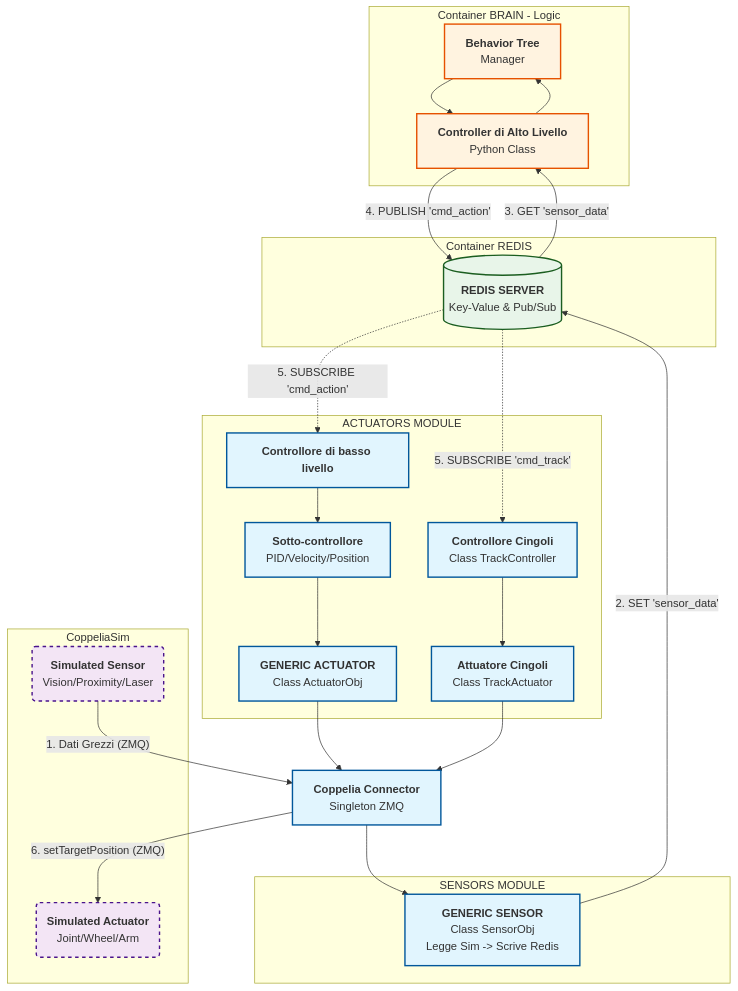
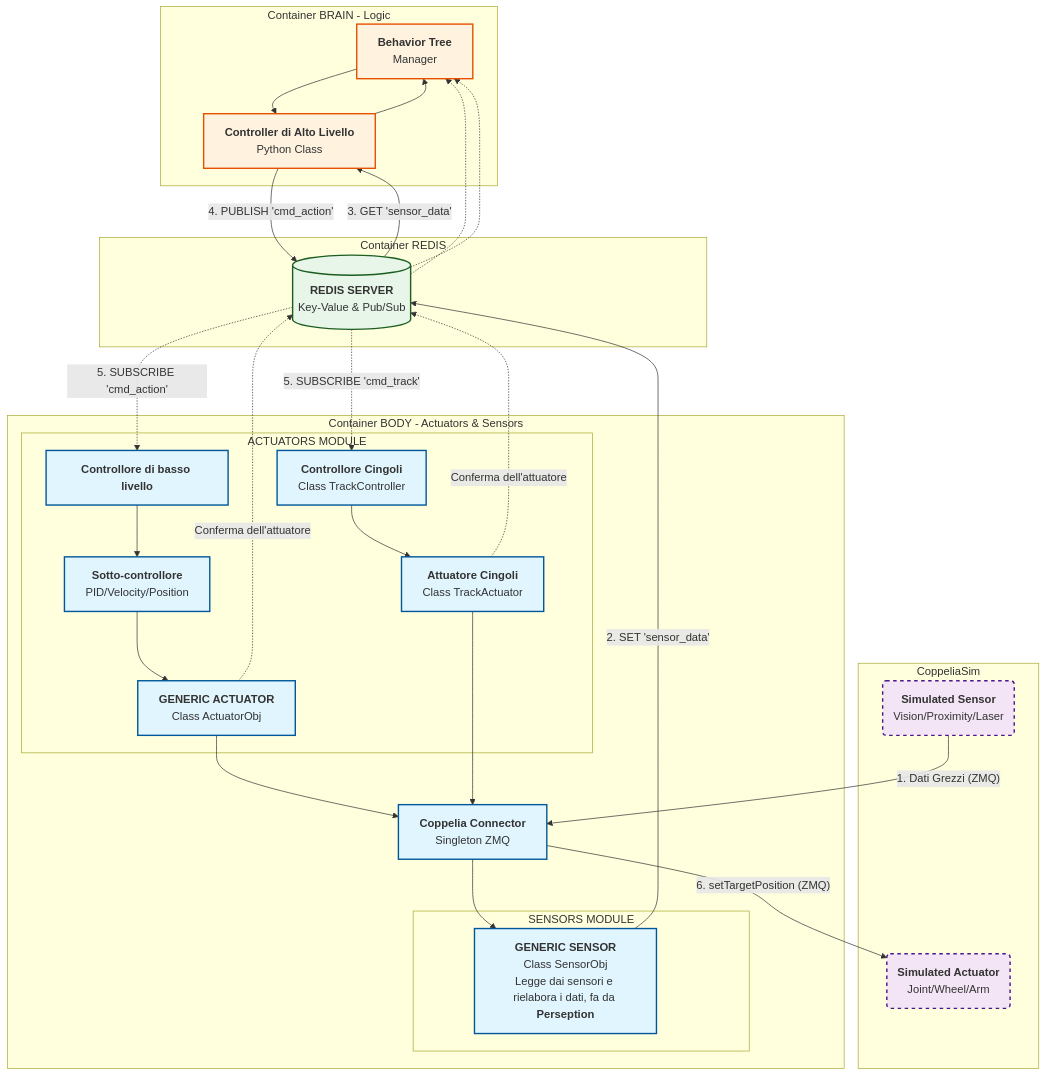
One commit to NadiaMuzyka/agv_real changed the diagram in docs/GRAFO_STRUTTURA_PROGETTO.mmd. Above: the diagram before and after it, drawn with Mermaid.

Commit message:
fix: Update sensor description and close BODY_CONTAINER in project structure diagram

```diff
--- a/docs/GRAFO_STRUTTURA_PROGETTO.mmd
+++ b/docs/GRAFO_STRUTTURA_PROGETTO.mmd
@@ -1,59 +1,62 @@
 graph TD
     %% DEFINIZIONE STILI
     classDef brain fill:#fff3e0,stroke:#e65100,stroke-width:2px;
     classDef body fill:#e1f5fe,stroke:#01579b,stroke-width:2px;
     classDef redis fill:#e8f5e9,stroke:#1b5e20,stroke-width:2px;
     classDef sim fill:#f3e5f5,stroke:#4a148c,stroke-width:2px,stroke-dasharray: 5 5;
 
     
         
     subgraph BRAIN_CONTAINER [Container BRAIN - Logic]
         BT[<b>Behavior Tree</b><br/>Manager]:::brain
         LOGIC[<b>Controller di Alto Livello</b><br/>Python Class]:::brain
     end
 
     subgraph REDIS_CONTAINER [Container REDIS]
         DB[(<b>REDIS SERVER</b><br/>Key-Value & Pub/Sub)]:::redis
     end
 
+    subgraph BODY_CONTAINER [Container BODY - Actuators & Sensors]
         subgraph SENSORS [SENSORS MODULE]
-            GEN_SENS[<b>GENERIC SENSOR</b><br/>Class SensorObj<br/>Legge Sim -> Scrive Redis]:::body
+            GEN_SENS[<b>GENERIC SENSOR</b><br/>Class SensorObj<br/>Legge dai sensori e rielabora i dati, fa da <b>Perseption</b>]:::body
         end
 
         subgraph ACTUATORS [ACTUATORS MODULE]
             LOW_CTR[<b>Controllore di basso livello</b>]:::body
             LOW_CTR_LL[<b>Sotto-controllore</b><br/>PID/Velocity/Position]:::body
             CTR_CINGOLO[<b>Controllore Cingoli</b><br/>Class TrackController]:::body
             ACT_CINGOLO[<b>Attuatore Cingoli</b><br/>Class TrackActuator<br/>]:::body
             GEN_ACT[<b>GENERIC ACTUATOR</b><br/>Class ActuatorObj<br/>]:::body
         end
         
         BRIDGE[<b>Coppelia Connector</b><br/>Singleton ZMQ]:::body
     
-
+    end
 
     subgraph HOST_OS [CoppeliaSim]
         SIM_SENSOR(<b>Simulated Sensor</b><br/>Vision/Proximity/Laser):::sim
         SIM_ACTUATOR(<b>Simulated Actuator</b><br/>Joint/Wheel/Arm):::sim
     end
 
     %%-- FLUSSO DATI (PLAN)
     BT-->LOGIC
     LOGIC-->BT
 
     %% --- FLUSSO DATI (SENSE) ---
     SIM_SENSOR -- "1. Dati Grezzi (ZMQ)" --> BRIDGE
     BRIDGE --> GEN_SENS
     GEN_SENS -- "2. SET 'sensor_data'" --> DB
     DB -- "3. GET 'sensor_data'" --> LOGIC
 
     %% --- FLUSSO DATI (ACT) ---
     LOGIC -- "4. PUBLISH 'cmd_action'" --> DB
     DB -.-> |"5. SUBSCRIBE 'cmd_action'"| LOW_CTR
     DB -.-> |"5. SUBSCRIBE 'cmd_track'"| CTR_CINGOLO
     CTR_CINGOLO -->ACT_CINGOLO
     LOW_CTR -->LOW_CTR_LL
     LOW_CTR_LL -->GEN_ACT
     GEN_ACT --> BRIDGE
     ACT_CINGOLO --> BRIDGE
     BRIDGE -- "6. setTargetPosition (ZMQ)" --> SIM_ACTUATOR
+    GEN_ACT -.-> |"Conferma dell'attuatore"|DB -.->BT
+    ACT_CINGOLO -.-> |"Conferma dell'attuatore"|DB -.->BT
```
